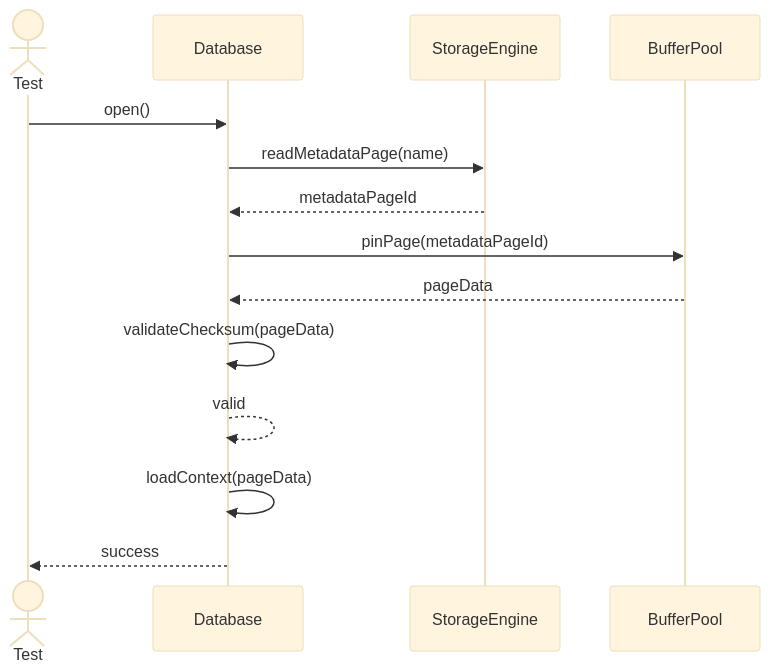
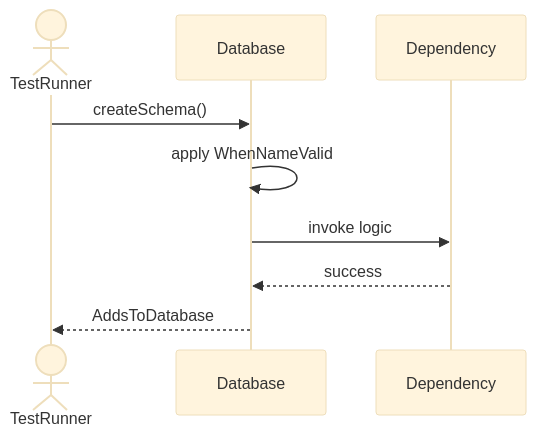
Before and after one commit to TamBui1706/DBMS: the sixth of 8 diagrams in Sequences/Core/Database.md, drawn with Mermaid (base theme). The commit also changed other lines of this file and 63 other files, not shown here.

Commit message:
Draw sequence diagram for unit tests

````diff
--- a/Sequences/Core/Database.md
+++ b/Sequences/Core/Database.md
@@ -27,17 +82,10 @@
 ```mermaid
 sequenceDiagram
-    actor Test
+    actor TestRunner
     participant Database
-    participant StorageEngine
-    participant BufferPool
-
-    Test->>Database: open()
-    Database->>StorageEngine: readMetadataPage(name)
-    StorageEngine-->>Database: metadataPageId
-    Database->>BufferPool: pinPage(metadataPageId)
-    BufferPool-->>Database: pageData
-    Database->>Database: validateChecksum(pageData)
-    Database-->>Database: valid
-    Database->>Database: loadContext(pageData)
-    Database-->>Test: success
+    TestRunner->>Database: createSchema()
+    Database->>Database: apply WhenNameValid
+    Database->>Dependency: invoke logic
+    Dependency-->>Database: success
+    Database-->>TestRunner: AddsToDatabase
 ```
````
